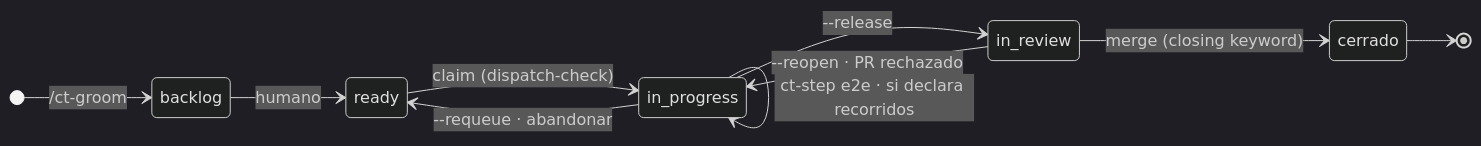
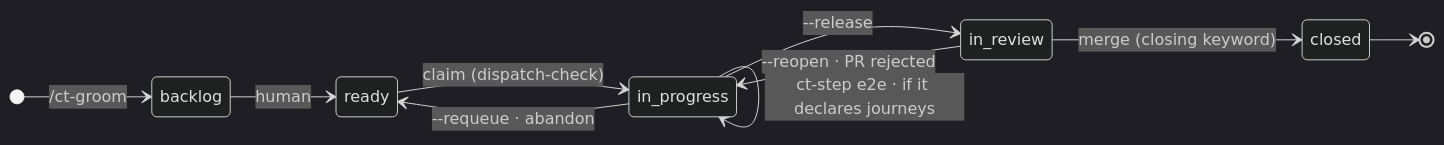
Before and after one commit to mercadona/control-tower: the second of 2 diagrams in plugin/README.md, drawn with Mermaid (dark theme). The commit also changed other lines of this file and 63 other files, not shown here.

````diff
--- a/plugin/README.md
+++ b/plugin/README.md
@@ -195,13 +196,13 @@
 ```mermaid
 stateDiagram-v2
     direction LR
     [*] --> backlog: /ct-groom
-    backlog --> ready: humano
+    backlog --> ready: human
     ready --> in_progress: claim (dispatch-check)
-    in_progress --> in_progress: ct-step e2e · si declara recorridos
+    in_progress --> in_progress: ct-step e2e · if it declares journeys
     in_progress --> in_review: --release
-    in_review --> cerrado: merge (closing keyword)
-    in_review --> in_progress: --reopen · PR rechazado
-    in_progress --> ready: --requeue · abandonar
-    cerrado --> [*]
+    in_review --> closed: merge (closing keyword)
+    in_review --> in_progress: --reopen · PR rejected
+    in_progress --> ready: --requeue · abandon
+    closed --> [*]
 ```
````
